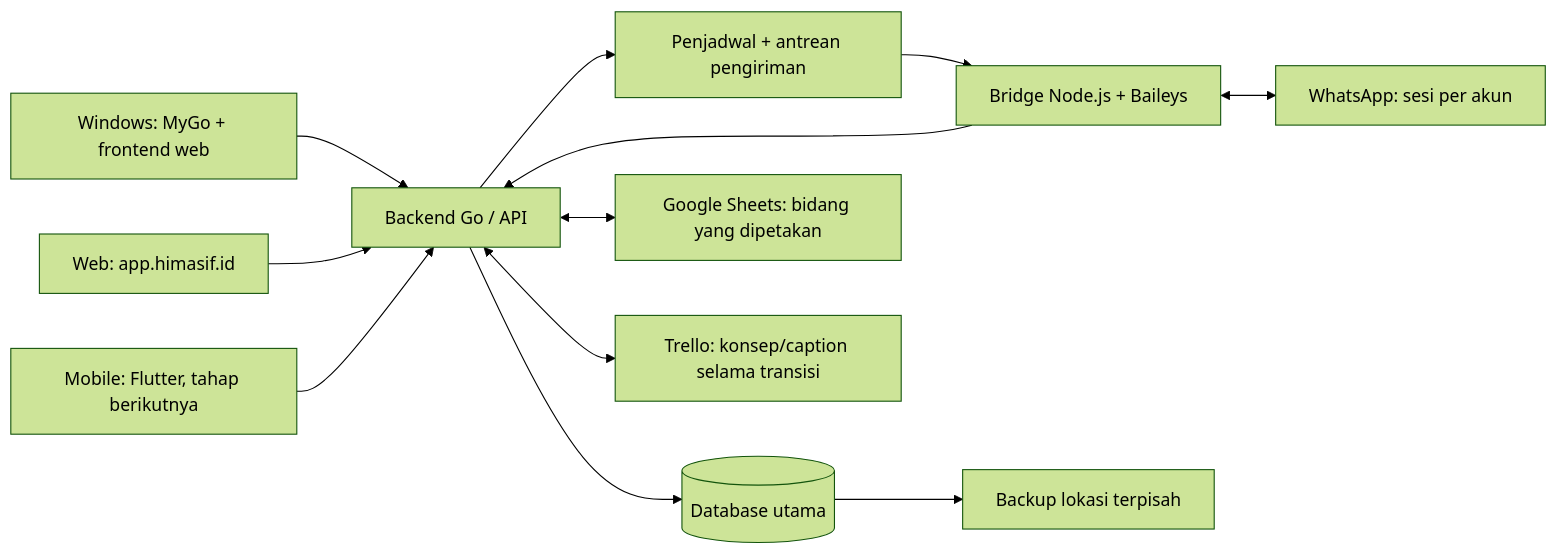
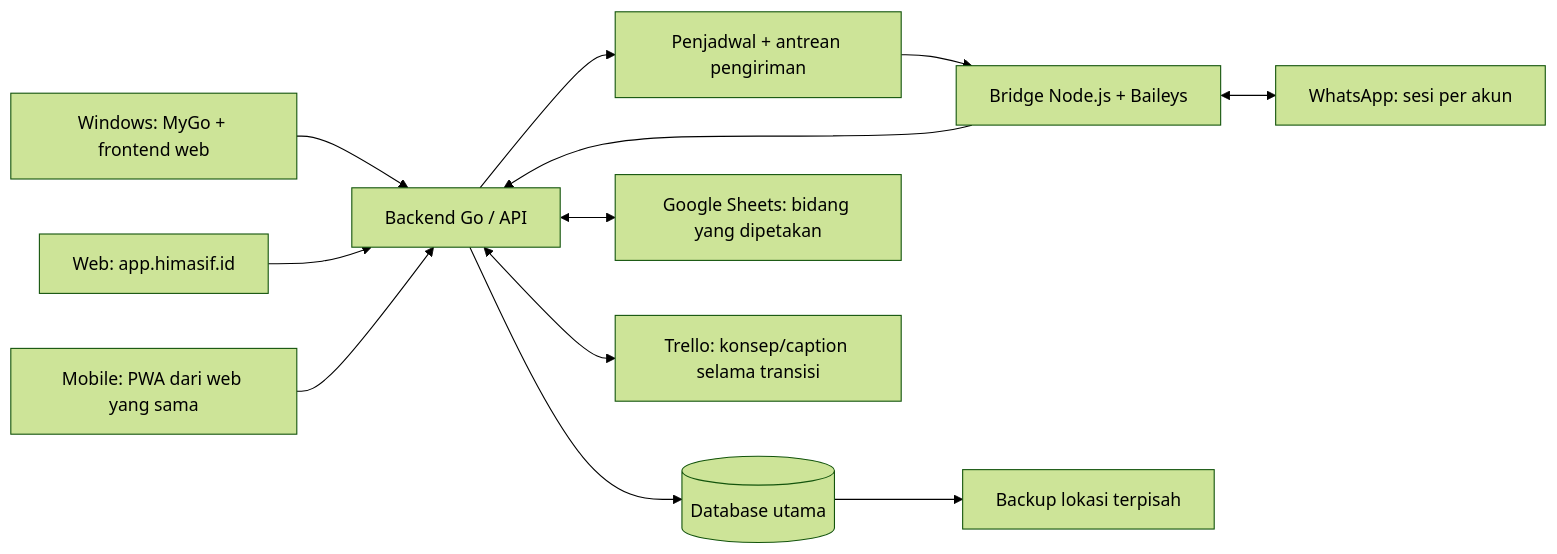
Before and after one commit to himasifunej/himasif-space: the second of 2 diagrams in docs/PRD.md, drawn with Mermaid (forest theme). The commit also changed other lines of this file and 10 other files, not shown here.

````diff
--- a/docs/PRD.md
+++ b/docs/PRD.md
@@ -524,14 +564,14 @@
 ```mermaid
 flowchart LR
     D[Windows: MyGo + frontend web] --> G[Backend Go / API]
     W[Web: app.himasif.id] --> G
-    F[Mobile: Flutter, tahap berikutnya] --> G
+    F[Mobile: PWA dari web yang sama] --> G
     G --> DB[(Database utama)]
     G --> J[Penjadwal + antrean pengiriman]
     J --> B[Bridge Node.js + Baileys]
     B <--> WH[WhatsApp: sesi per akun]
     B --> G
     G <--> S[Google Sheets: bidang yang dipetakan]
     G <--> T[Trello: konsep/caption selama transisi]
     DB --> BK[Backup lokasi terpisah]
 ```
````
